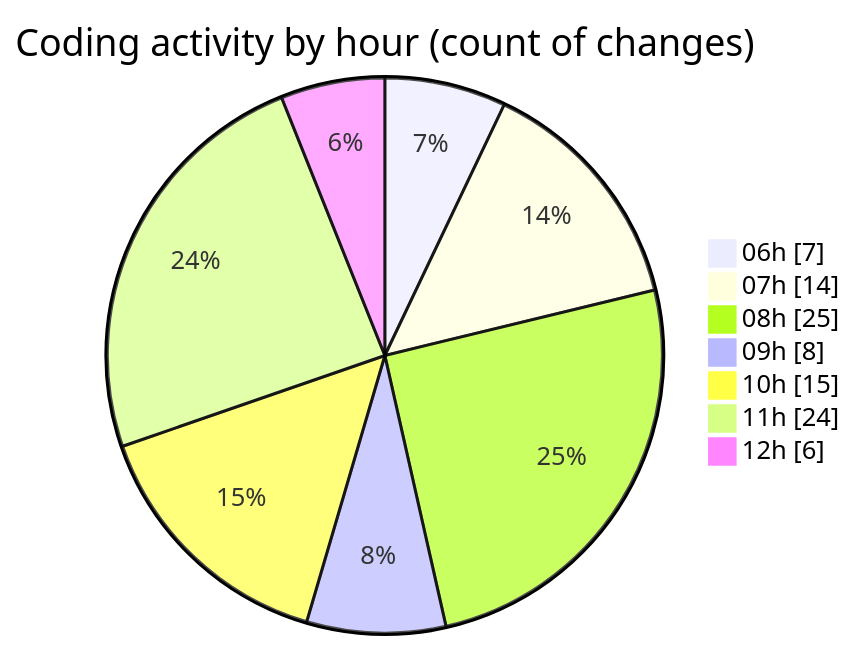
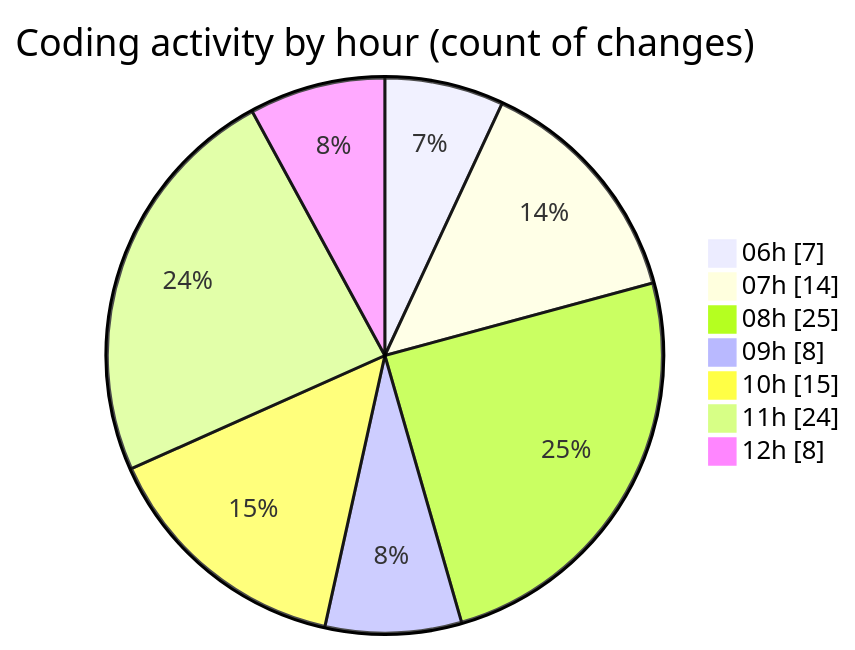
One commit to vahidmafi/code-tracking changed the second of 2 diagrams in 2025-04-18/zeytoon/README.md. Above: the diagram before and after it, drawn with Mermaid. The commit also changed other lines of this file and 1 other file, not shown here.

````diff
--- a/2025-04-18/zeytoon/README.md
+++ b/2025-04-18/zeytoon/README.md
@@ -42,11 +43,11 @@
 ```mermaid
 pie showData
 title Coding activity by hour (count of changes)
 "06h" : 7
 "07h" : 14
 "08h" : 25
 "09h" : 8
 "10h" : 15
 "11h" : 24
-"12h" : 6
+"12h" : 8
 ```
````
